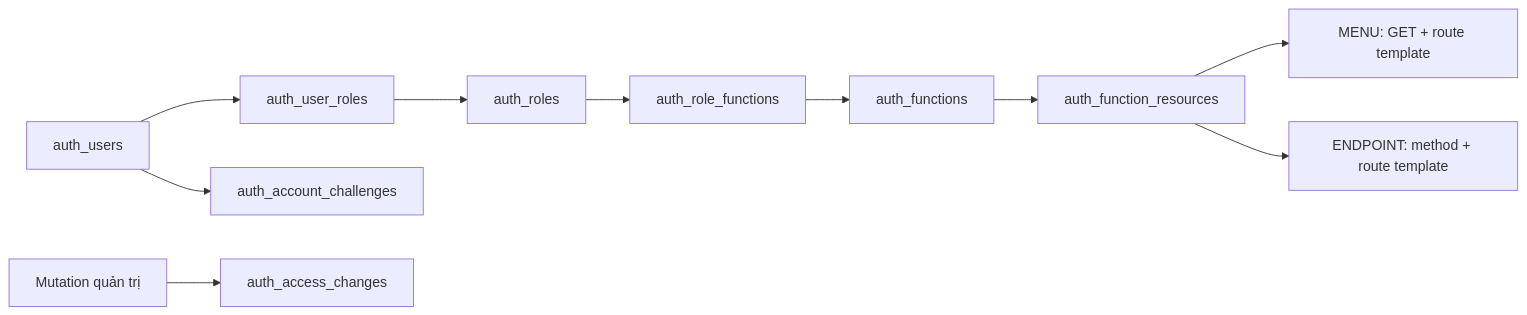
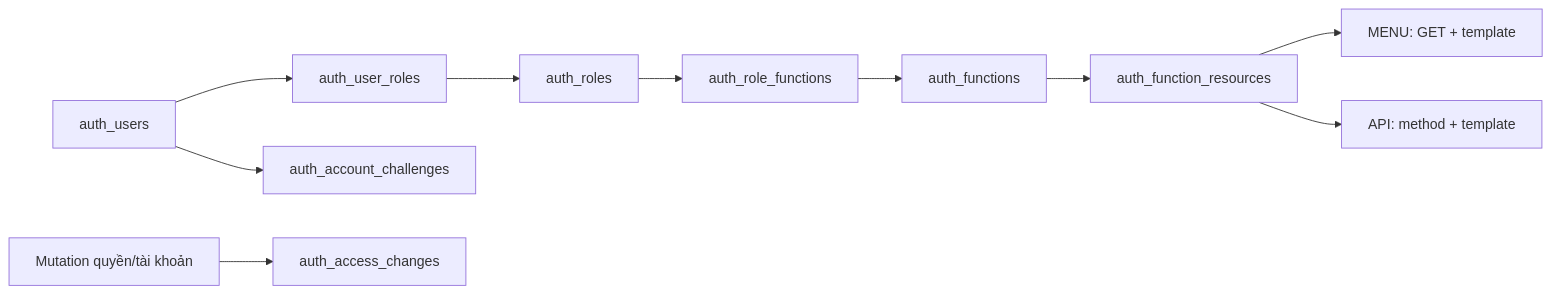
One commit to hieuv526034/vietroute-web changed the diagram in docs/02-phat-trien/SCHEMA_VA_PHAN_QUYEN.md. Above: the diagram before and after it, drawn with Mermaid. The commit also changed other lines of this file and 117 other files, not shown here.

First line of the commit message:
Hoàn thiện dữ liệu Duy Long, menu/select và tài liệu

````diff
--- a/docs/02-phat-trien/SCHEMA_VA_PHAN_QUYEN.md
+++ b/docs/02-phat-trien/SCHEMA_VA_PHAN_QUYEN.md
@@ -24,12 +20,12 @@
 ```mermaid
 flowchart LR
     U[auth_users] --> UR[auth_user_roles]
     UR --> R[auth_roles]
     R --> RF[auth_role_functions]
     RF --> F[auth_functions]
     F --> FR[auth_function_resources]
-    FR --> M[MENU: GET + route template]
-    FR --> A[ENDPOINT: method + route template]
+    FR --> M[MENU: GET + template]
+    FR --> A[API: method + template]
     U --> C[auth_account_challenges]
-    X[Mutation quản trị] --> H[auth_access_changes]
+    X[Mutation quyền/tài khoản] --> H[auth_access_changes]
 ```
````
